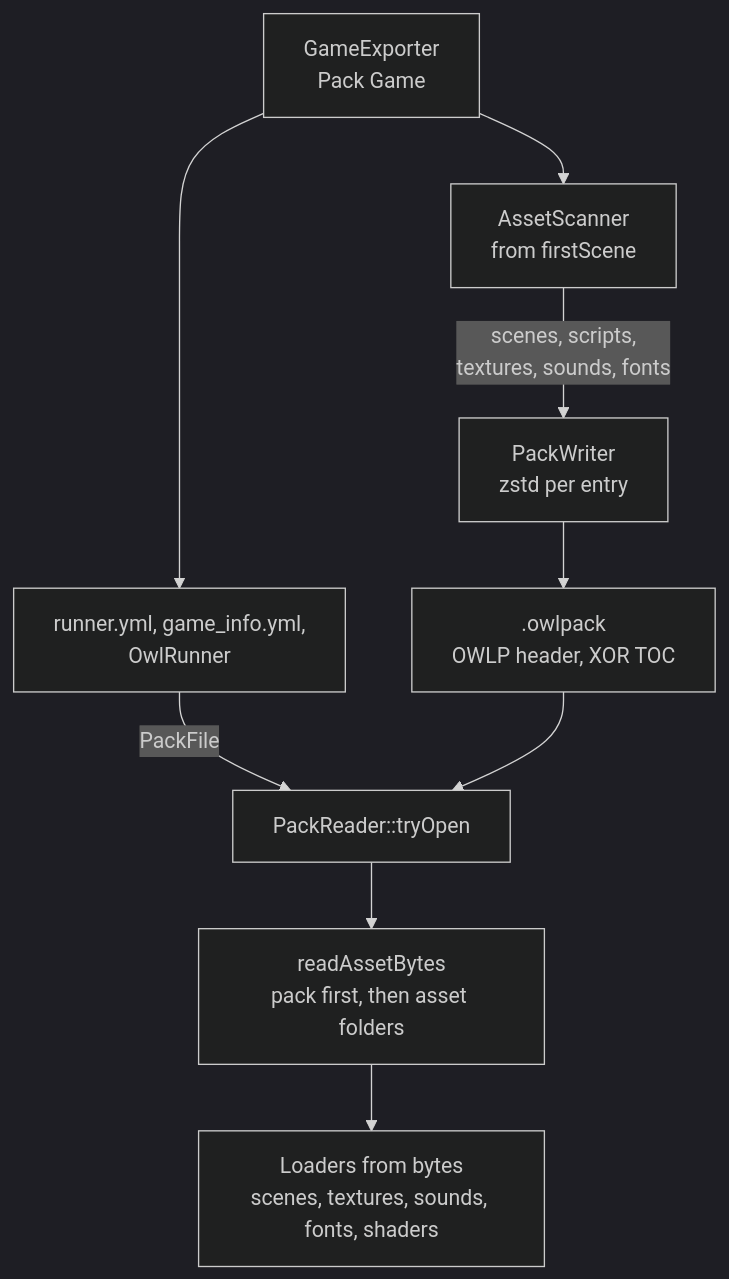
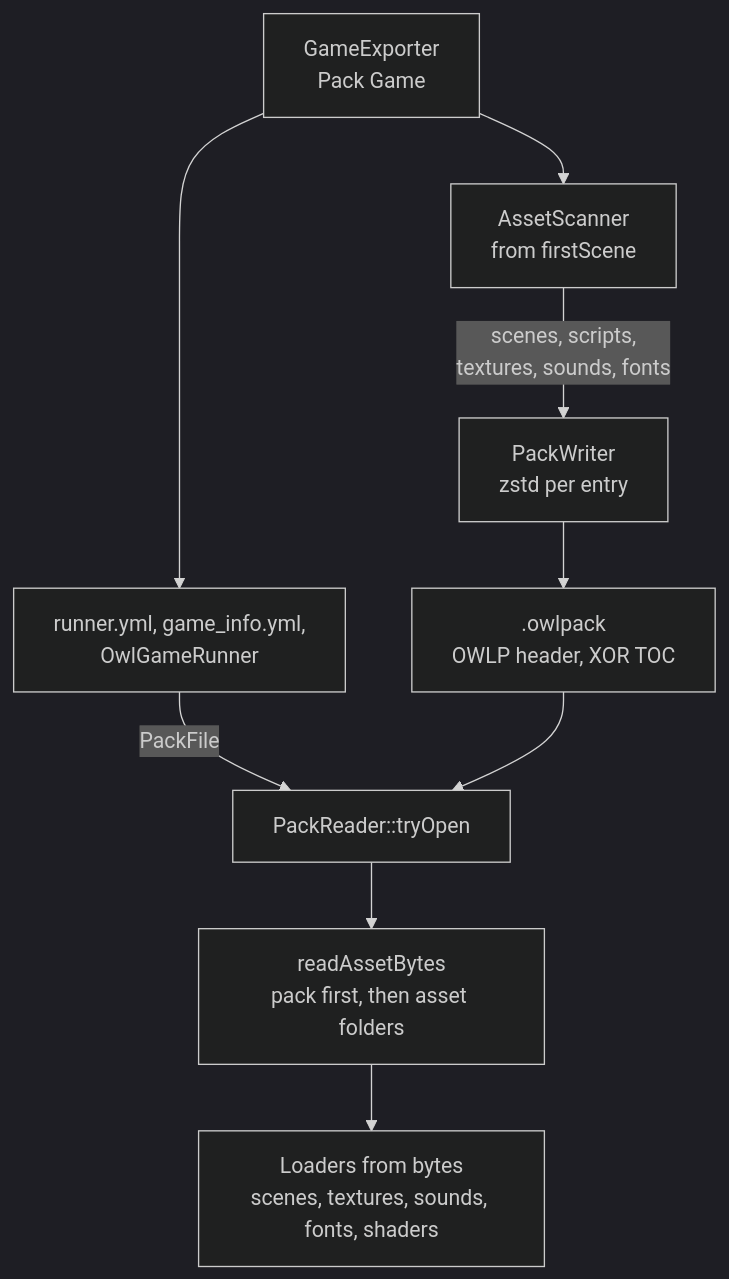
Before and after one commit to Silmaen/Owl: the sixth of 6 diagrams in doc/pages/architecture.md, drawn with Mermaid (dark theme). The commit also changed other lines of this file and 41 other files, not shown here.

Commit message:
Move Slang to OwlShaderCompiler, add shader targets and a game runner without Slang

````diff
--- a/doc/pages/architecture.md
+++ b/doc/pages/architecture.md
@@ -412,11 +424,11 @@
 ```mermaid
 flowchart TD
     Exp["GameExporter<br/>Pack Game"] --> Scan["AssetScanner<br/>from firstScene"]
     Scan -->|"scenes, scripts,<br/>textures, sounds, fonts"| Writer["PackWriter<br/>zstd per entry"]
     Writer --> Pack[".owlpack<br/>OWLP header, XOR TOC"]
-    Exp --> Folder["runner.yml, game_info.yml,<br/>OwlRunner"]
+    Exp --> Folder["runner.yml, game_info.yml,<br/>OwlGameRunner"]
     Folder -->|PackFile| Reader["PackReader::tryOpen"]
     Pack --> Reader
     Reader --> Bytes["readAssetBytes<br/>pack first, then asset folders"]
     Bytes --> Load["Loaders from bytes<br/>scenes, textures, sounds, fonts, shaders"]
 ```
````
